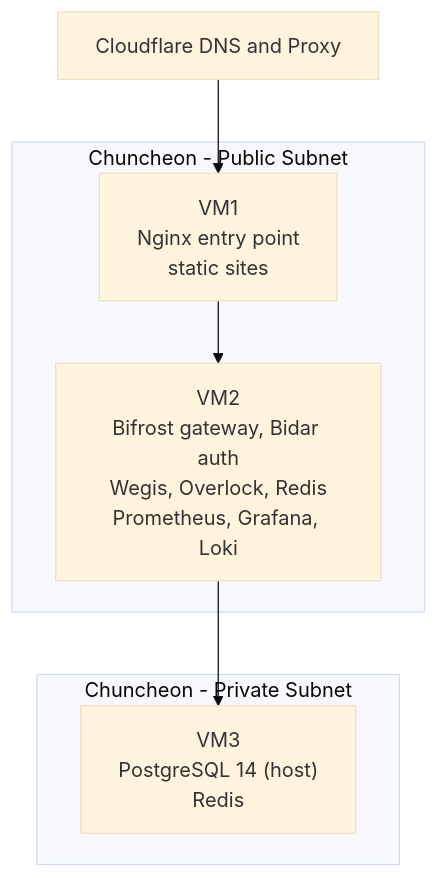
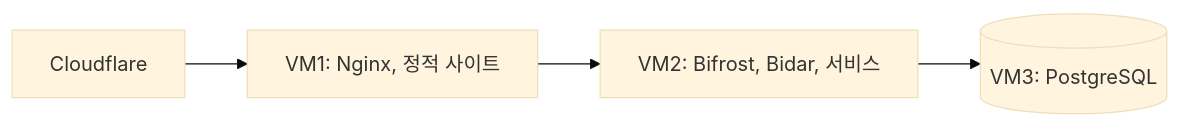
Before and after one commit to BNGdrasil/.github: the diagram in profile/README.md, drawn with Mermaid (base theme). The commit also changed other lines of this file, not shown here.

````diff
--- a/profile/README.md
+++ b/profile/README.md
@@ -72,17 +46,6 @@
 ```mermaid
-graph TB
-    CF[Cloudflare DNS and Proxy]
-
-    subgraph Public["Chuncheon - Public Subnet"]
-        VM1["VM1<br/>Nginx entry point<br/>static sites"]
-        VM2["VM2<br/>Bifrost gateway, Bidar auth<br/>Wegis, Overlock, Redis<br/>Prometheus, Grafana, Loki"]
-    end
-
-    subgraph Private["Chuncheon - Private Subnet"]
-        VM3["VM3<br/>PostgreSQL 14 (host)<br/>Redis"]
-    end
-
-    CF --> VM1
-    VM1 --> VM2
-    VM2 --> VM3
+graph LR
+    CF[Cloudflare] --> VM1[VM1: Nginx, 정적 사이트]
+    VM1 --> VM2[VM2: Bifrost, Bidar, 서비스]
+    VM2 --> VM3[(VM3: PostgreSQL)]
 ```
````
